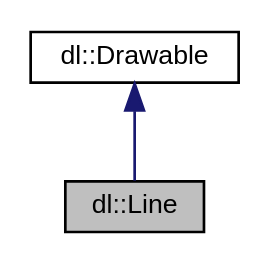
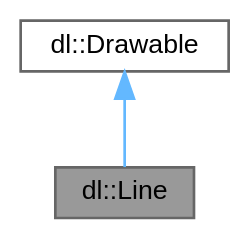
One commit to Dogbonee/Dualie changed the diagram in docs/classdl_1_1Line__inherit__graph.dot. Above: the diagram before and after it, drawn with Graphviz. The commit also changed 194 other files, not shown here.

```diff
--- a/docs/classdl_1_1Line__inherit__graph.dot
+++ b/docs/classdl_1_1Line__inherit__graph.dot
@@ -1,9 +1,10 @@
 digraph "dl::Line"
 {
  // LATEX_PDF_SIZE
-  edge [fontname="Helvetica",fontsize="10",labelfontname="Helvetica",labelfontsize="10"];
-  node [fontname="Helvetica",fontsize="10",shape=record];
-  Node1 [label="dl::Line",height=0.2,width=0.4,color="black", fillcolor="grey75", style="filled", fontcolor="black",tooltip=" "];
-  Node2 -> Node1 [dir="back",color="midnightblue",fontsize="10",style="solid",fontname="Helvetica"];
-  Node2 [label="dl::Drawable",height=0.2,width=0.4,color="black", fillcolor="white", style="filled",URL="$classdl_1_1Drawable.html",tooltip="The base class for any object that can be drawn to the screen."];
+  bgcolor="transparent";
+  edge [fontname=Helvetica,fontsize=10,labelfontname=Helvetica,labelfontsize=10];
+  node [fontname=Helvetica,fontsize=10,shape=box,height=0.2,width=0.4];
+  Node1 [id="Node000001",label="dl::Line",height=0.2,width=0.4,color="gray40", fillcolor="grey60", style="filled", fontcolor="black",tooltip="A simple class responsible for the line object."];
+  Node2 -> Node1 [id="edge1_Node000001_Node000002",dir="back",color="steelblue1",style="solid",tooltip=" "];
+  Node2 [id="Node000002",label="dl::Drawable",height=0.2,width=0.4,color="gray40", fillcolor="white", style="filled",URL="$classdl_1_1Drawable.html",tooltip="The base class for any object that can be drawn to the screen."];
 }
```
